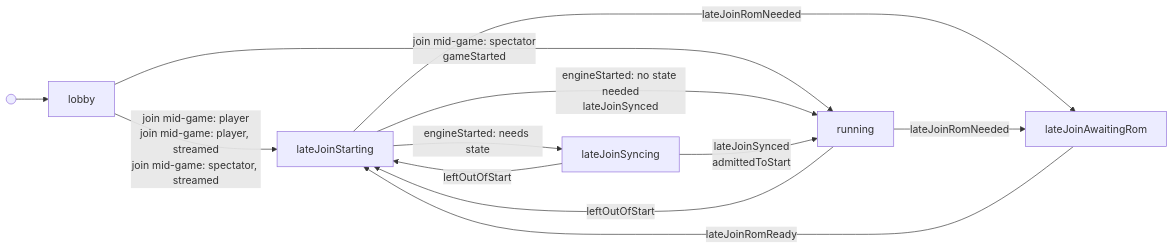
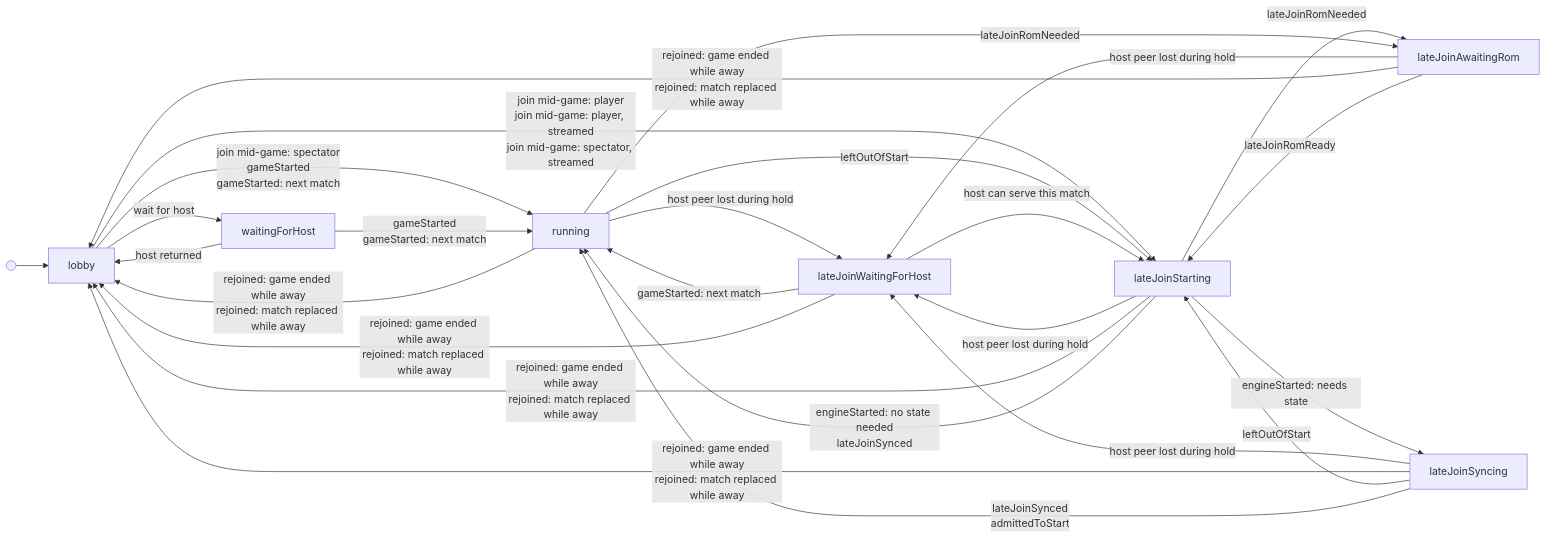
The first of 3 diagrams in docs/session-machine.md (kwilson21/kaillera-next), drawn with Mermaid before and after one commit. The commit also changed other lines of this file and 102 other files, not shown here.

````diff
--- a/docs/session-machine.md
+++ b/docs/session-machine.md
@@ -6,14 +6,28 @@
 ```mermaid
 flowchart LR
   start(( )) --> lobby
+  lobby -->|"wait for host"| waitingForHost
   lobby -->|"join mid-game: player<br/>join mid-game: player, streamed<br/>join mid-game: spectator, streamed"| lateJoinStarting
-  lobby -->|"join mid-game: spectator<br/>gameStarted"| running
+  lobby -->|"join mid-game: spectator<br/>gameStarted<br/>gameStarted: next match"| running
+  waitingForHost -->|"host returned"| lobby
+  waitingForHost -->|"gameStarted<br/>gameStarted: next match"| running
+  lateJoinStarting -->|"host peer lost during hold"| lateJoinWaitingForHost
+  lateJoinStarting -->|"rejoined: game ended while away<br/>rejoined: match replaced while away"| lobby
   lateJoinStarting -->|"lateJoinRomNeeded"| lateJoinAwaitingRom
   lateJoinStarting -->|"engineStarted: needs state"| lateJoinSyncing
   lateJoinStarting -->|"engineStarted: no state needed<br/>lateJoinSynced"| running
+  running -->|"host peer lost during hold"| lateJoinWaitingForHost
+  running -->|"rejoined: game ended while away<br/>rejoined: match replaced while away"| lobby
   running -->|"lateJoinRomNeeded"| lateJoinAwaitingRom
   running -->|"leftOutOfStart"| lateJoinStarting
+  lateJoinWaitingForHost -->|"host can serve this match"| lateJoinStarting
+  lateJoinWaitingForHost -->|"gameStarted: next match"| running
+  lateJoinWaitingForHost -->|"rejoined: game ended while away<br/>rejoined: match replaced while away"| lobby
+  lateJoinAwaitingRom -->|"host peer lost during hold"| lateJoinWaitingForHost
+  lateJoinAwaitingRom -->|"rejoined: game ended while away<br/>rejoined: match replaced while away"| lobby
   lateJoinAwaitingRom -->|"lateJoinRomReady"| lateJoinStarting
+  lateJoinSyncing -->|"host peer lost during hold"| lateJoinWaitingForHost
+  lateJoinSyncing -->|"rejoined: game ended while away<br/>rejoined: match replaced while away"| lobby
   lateJoinSyncing -->|"leftOutOfStart"| lateJoinStarting
   lateJoinSyncing -->|"lateJoinSynced<br/>admittedToStart"| running
 ```
````
